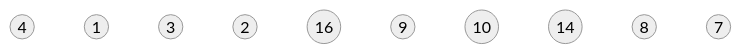
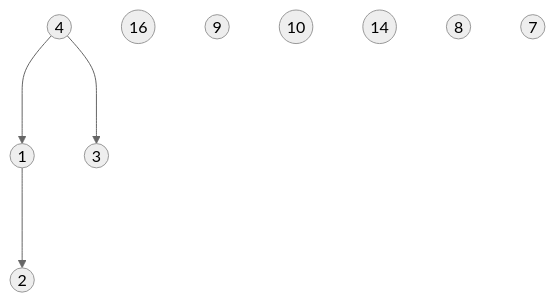
One commit to Luca-02/dispense-algoritmica changed the diagram in Algoritmi e Strutture Dati/2. 🔩 Strutture Dati/🟣 Heap/2. Operazioni Heap.md. Above: the diagram before and after it, drawn with Mermaid (neutral theme). The commit also changed 1 other file, not shown here.

Commit message:
vault backup: 2022-07-01 18:54:47

````diff
--- a/Algoritmi e Strutture Dati/2. 🔩 Strutture Dati/🟣 Heap/2. Operazioni Heap.md
+++ b/Algoritmi e Strutture Dati/2. 🔩 Strutture Dati/🟣 Heap/2. Operazioni Heap.md
@@ -39,13 +39,16 @@
 ```mermaid
 flowchart TB; 
 i1((4))
 i2((1))
 i3((3))
 i4((2))
 i5((16))
 i6((9))
 i7((10))
 i8((14))
 i9((8))
 i10((7))
+i1 ---> i2
+i1 ---> i3
+i2 --->i4
 ```
````
